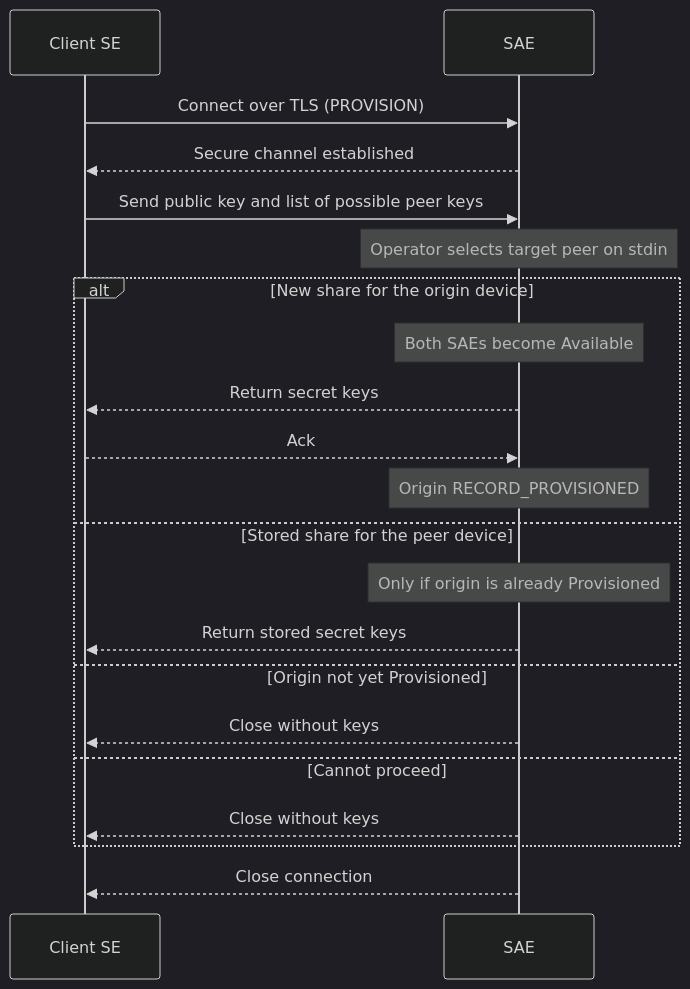
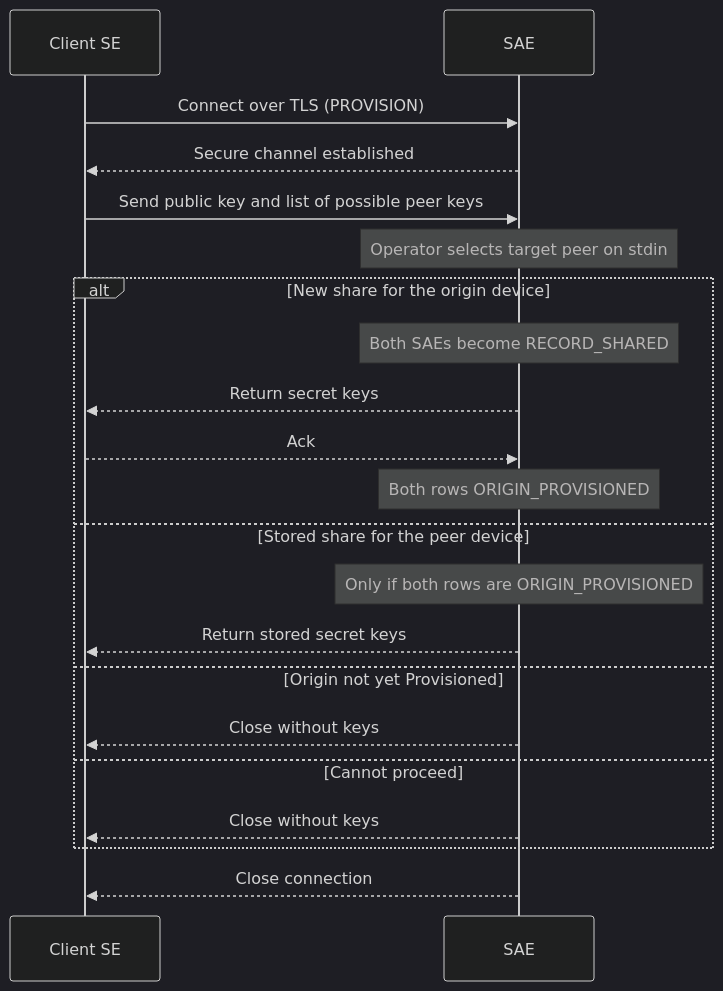
Before and after one commit to vonasmic/one-time-pad-keychain: the second of 10 diagrams in JAVA_APPS/docs/FLOWCHARTS.md, drawn with Mermaid (dark theme). The commit also changed other lines of this file and 98 other files, not shown here.

````diff
--- a/JAVA_APPS/docs/FLOWCHARTS.md
+++ b/JAVA_APPS/docs/FLOWCHARTS.md
@@ -70,26 +70,26 @@
 ```mermaid
 sequenceDiagram
     participant SE as Client SE
     participant SAE as SAE
 
     SE->>SAE: Connect over TLS (PROVISION)
     SAE-->>SE: Secure channel established
     SE->>SAE: Send public key and list of possible peer keys
     Note over SAE: Operator selects target peer on stdin
 
     alt New share for the origin device
-        Note over SAE: Both SAEs become Available
+        Note over SAE: Both SAEs become RECORD_SHARED
         SAE-->>SE: Return secret keys
         SE-->>SAE: Ack
-        Note over SAE: Origin RECORD_PROVISIONED
+        Note over SAE: Both rows ORIGIN_PROVISIONED
     else Stored share for the peer device
-        Note over SAE: Only if origin is already Provisioned
+        Note over SAE: Only if both rows are ORIGIN_PROVISIONED
         SAE-->>SE: Return stored secret keys
     else Origin not yet Provisioned
         SAE-->>SE: Close without keys
     else Cannot proceed
         SAE-->>SE: Close without keys
     end
 
     SAE-->>SE: Close connection
 ```
````
